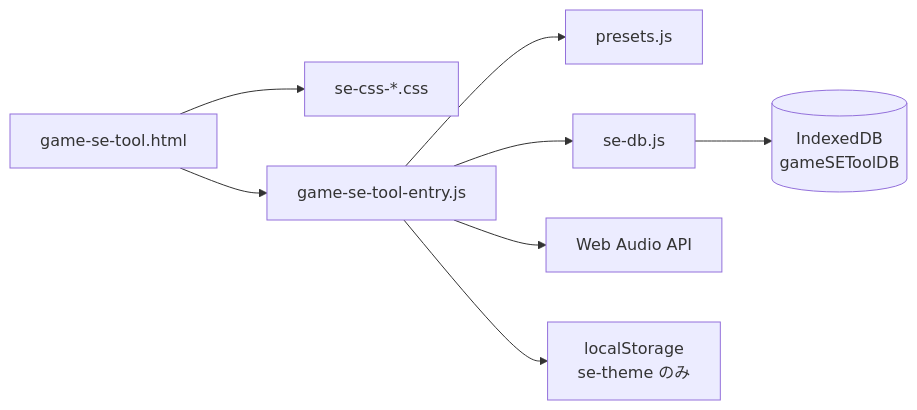
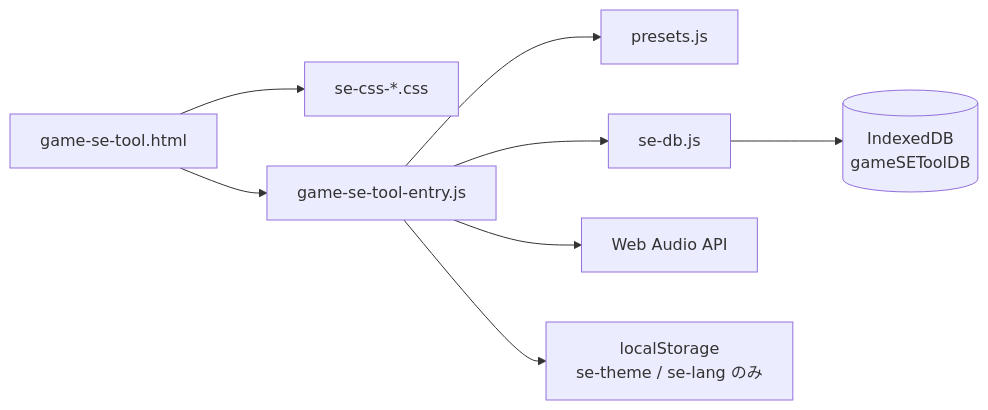
The diagram in ARCHITECTURE.md (WOCae/SEgene), drawn with Mermaid before and after one commit. The commit also changed other lines of this file and 13 other files, not shown here.

````diff
--- a/ARCHITECTURE.md
+++ b/ARCHITECTURE.md
@@ -36,15 +39,15 @@
 ```mermaid
 flowchart LR
   UI[game-se-tool.html]
   CSS[se-css-*.css]
   JS[game-se-tool-entry.js]
   PRE[presets.js]
   DB[se-db.js]
   UI --> CSS
   UI --> JS
   JS --> PRE
   JS --> WebAudio[Web Audio API]
   JS --> DB
   DB --> IDB[(IndexedDB\ngameSEToolDB)]
-  JS --> LS[localStorage\nse-theme のみ]
+  JS --> LS[localStorage\nse-theme / se-lang のみ]
 ```
````
